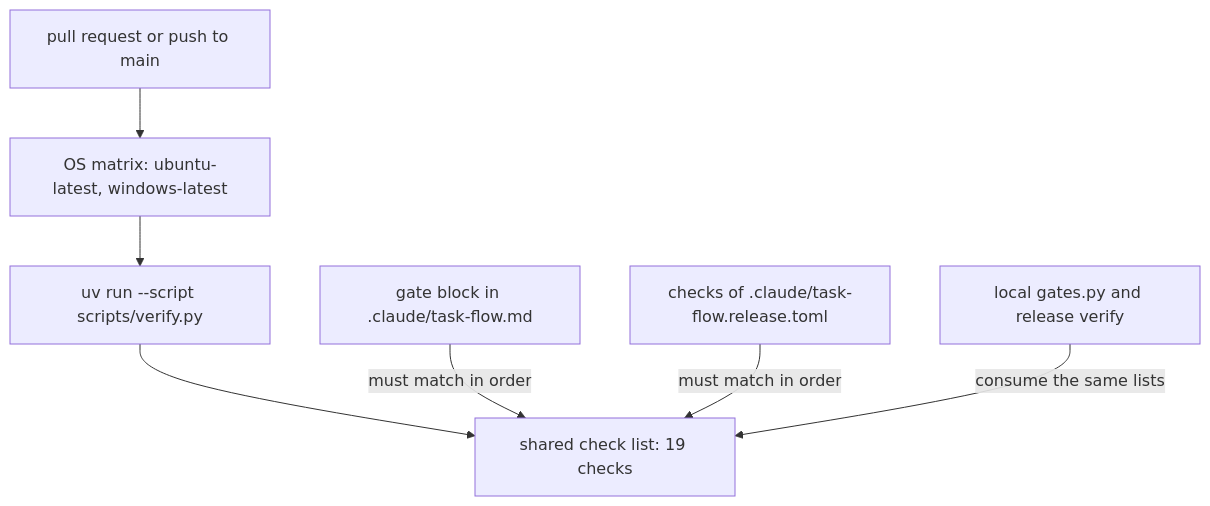
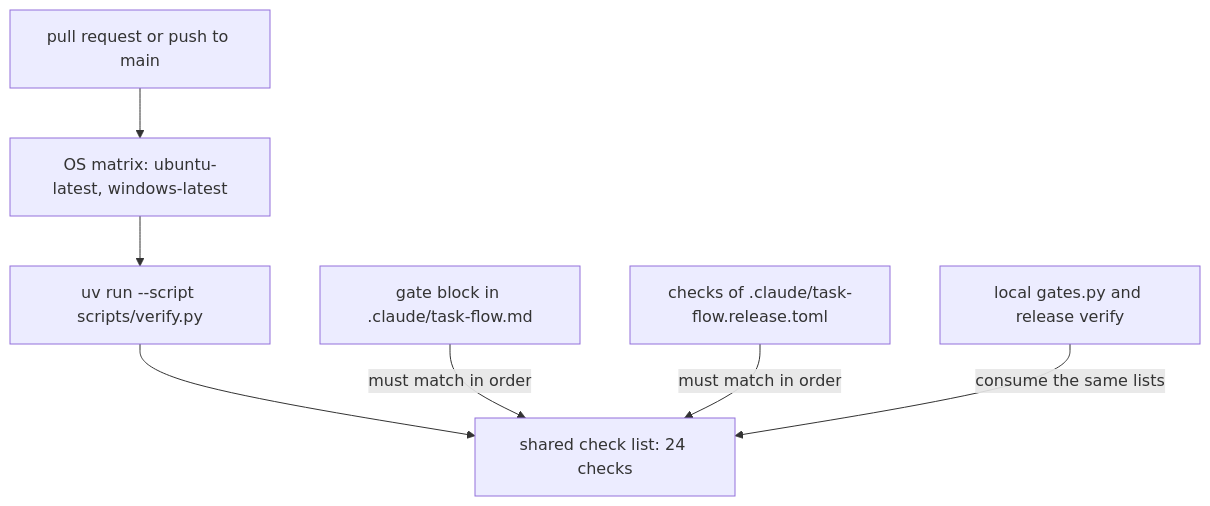
Before and after one commit to jakos/claude-baseline: the diagram in docs/development.md, drawn with Mermaid. The commit also changed other lines of this file and 26 other files, not shown here.

First line of the commit message:
feat(task-flow): add a generic cli driver to implement.py

````diff
--- a/docs/development.md
+++ b/docs/development.md
@@ -132,16 +133,16 @@
 ```mermaid
 flowchart TD
   pr["pull request or push to main"]
   matrix["OS matrix: ubuntu-latest, windows-latest"]
   verify["uv run --script scripts/verify.py"]
-  shared["shared check list: 19 checks"]
+  shared["shared check list: 24 checks"]
   gate["gate block in .claude/task-flow.md"]
   release["checks of .claude/task-flow.release.toml"]
   local["local gates.py and release verify"]
   pr --> matrix
   matrix --> verify
   verify --> shared
   gate -->|"must match in order"| shared
   release -->|"must match in order"| shared
   local -->|"consume the same lists"| shared
 ```
````
